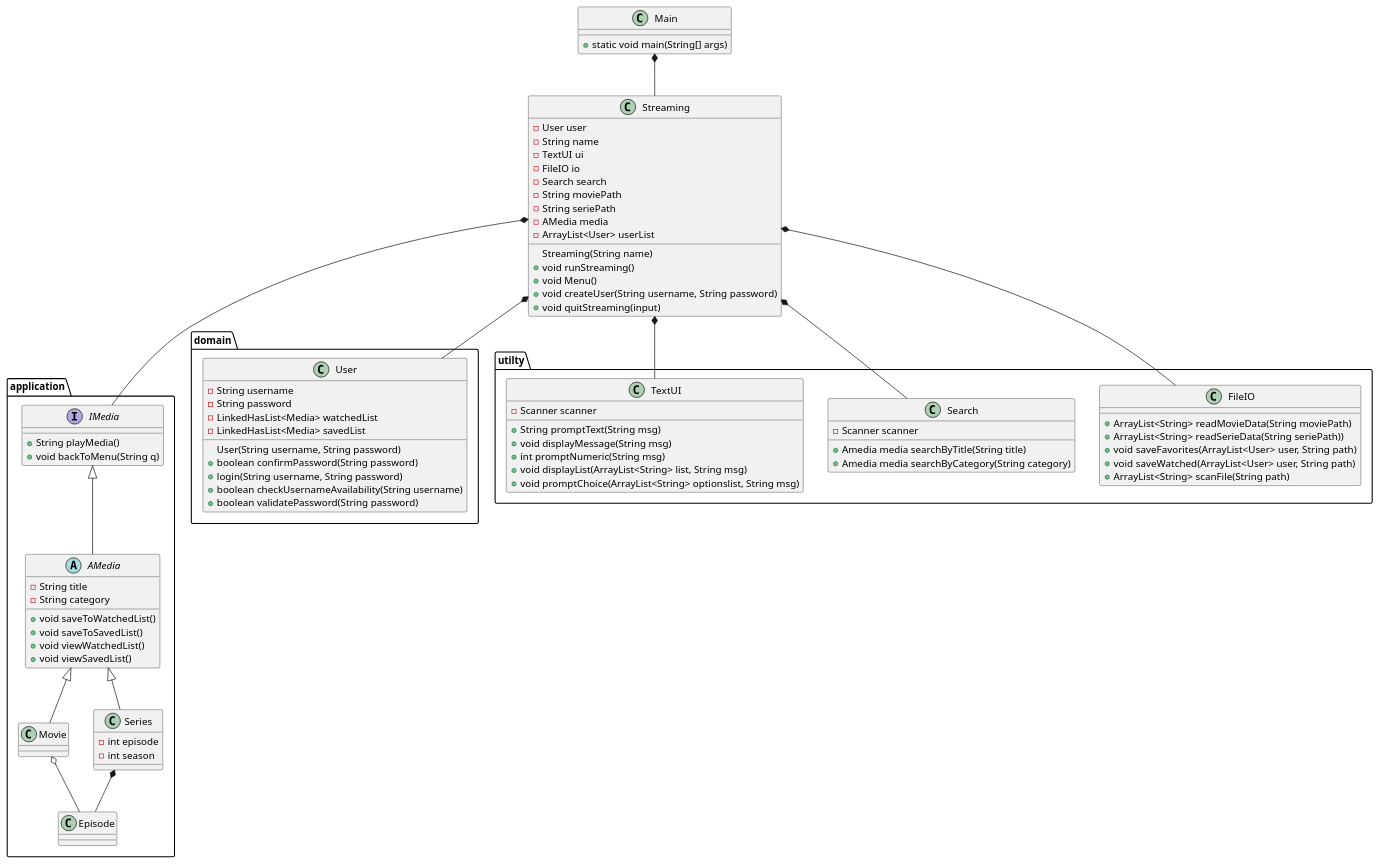
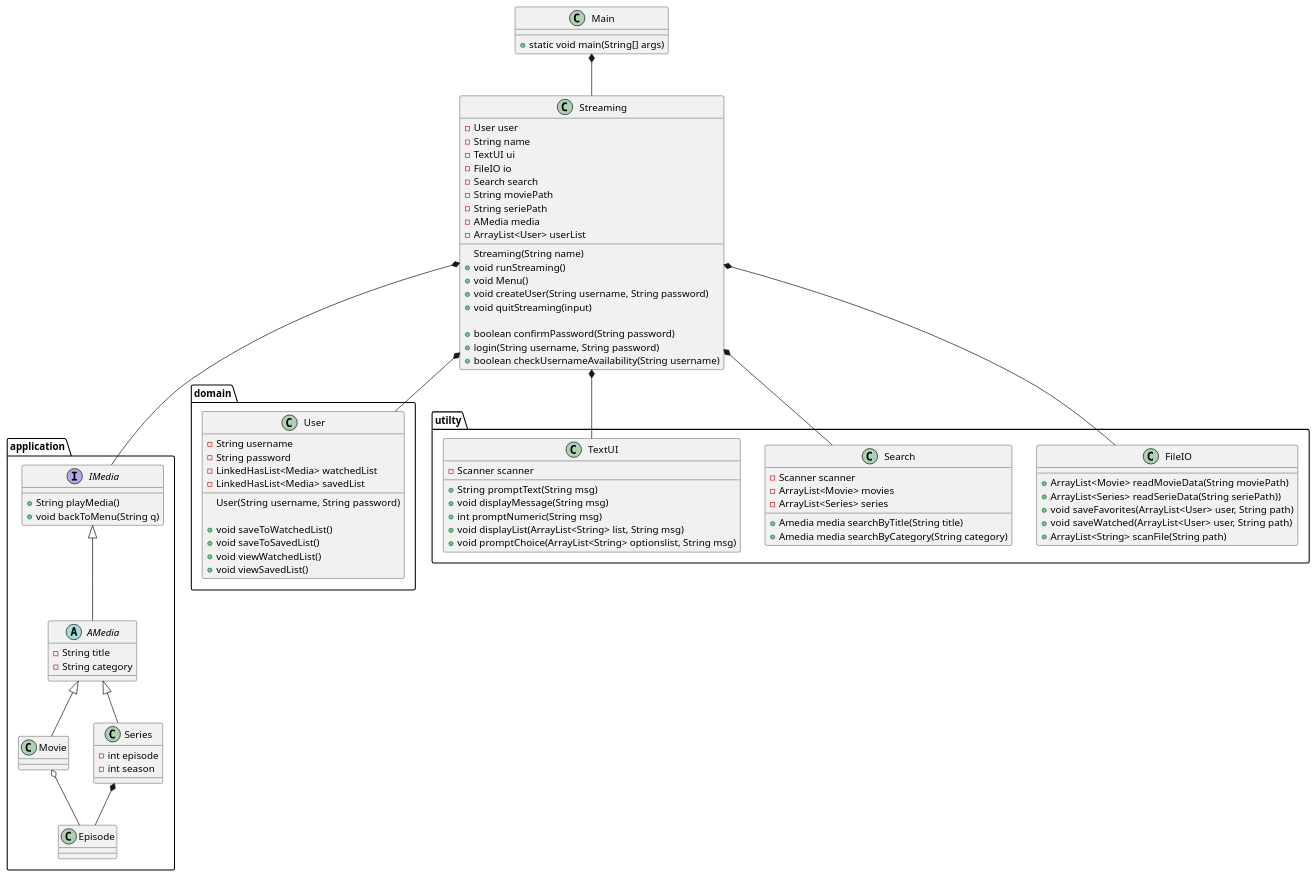
Before and after one commit to mrPrimeBeef/Sem1-Project-MovieStream: the diagram in Doc/Static/ClassDiagramv1.puml, drawn with PlantUML. The commit also changed 1 other file, not shown here.

Commit message:
Update af Domain model og Classdiagram

```diff
--- a/Doc/Static/ClassDiagramv1.puml
+++ b/Doc/Static/ClassDiagramv1.puml
@@ -1,116 +1,120 @@
 @startuml
 
 class Main {
 + static void main(String[] args)
 }
 package application{
 interface IMedia {
 + String playMedia()
 + void backToMenu(String q)
 '+ pauseMedia()
 }
 
 abstract AMedia {
 - String title
 - String category
-+ void saveToWatchedList()
-+ void saveToSavedList()
-+ void viewWatchedList()
-+ void viewSavedList()
+
 }
 
 class Movie {
 
 }
 
 
 class Series {
 - int episode
 - int season
 }
 class Episode{
 
 }
 }
 
 package domain{
 class User {
 - String username
 - String password
 - LinkedHasList<Media> watchedList
 - LinkedHasList<Media> savedList
 User(String username, String password)
-+ boolean confirmPassword(String password)
-+ login(String username, String password)
-+ boolean checkUsernameAvailability(String username)
-+ boolean validatePassword(String password)
+
++ void saveToWatchedList()
++ void saveToSavedList()
++ void viewWatchedList()
++ void viewSavedList()
 }
 }
 
 class Streaming {
 - User user
 - String name
 - TextUI ui
 - FileIO io
 - Search search
 - String moviePath
 - String seriePath
 - AMedia media
 - ArrayList<User> userList
 Streaming(String name)
 + void runStreaming()
 + void Menu()
 + void createUser(String username, String password)
 + void quitStreaming(input)
+
++ boolean confirmPassword(String password)
++ login(String username, String password)
++ boolean checkUsernameAvailability(String username)
 }
 
 
 package utilty{
 class FileIO {
-+ ArrayList<String> readMovieData(String moviePath)
-+ ArrayList<String> readSerieData(String seriePath))
++ ArrayList<Movie> readMovieData(String moviePath)
++ ArrayList<Series> readSerieData(String seriePath))
 + void saveFavorites(ArrayList<User> user, String path)
 + void saveWatched(ArrayList<User> user, String path)
 + ArrayList<String> scanFile(String path)
 }
 
 class Search {
 - Scanner scanner
+- ArrayList<Movie> movies
+- ArrayList<Series> series
 + Amedia media searchByTitle(String title)
 + Amedia media searchByCategory(String category)
 
 }
 class TextUI {
 - Scanner scanner
 + String promptText(String msg)
 + void displayMessage(String msg)
 + int promptNumeric(String msg)
 + void displayList(ArrayList<String> list, String msg)
 + void promptChoice(ArrayList<String> optionslist, String msg)
 }
 }
 
 
 Main *-- Streaming
 Streaming *-- IMedia
 Streaming *-- User
 Streaming *-- Search
 Streaming *-- TextUI
 IMedia <|-- AMedia
 Streaming *-- FileIO
 AMedia <|-- Movie
 AMedia  <|-- Series
 Series *-- Episode
 Movie o-- Episode
 
 'https://devhints.io/plantuml
 'Car <|-- SmallCar      # extension
 'Car *-- Engine         # composition
 'Cars o-- Car           # aggregation
 'Car <|.. SmallCar      # dotted line (use .. instead of --)
 'Car <|--* Car
 
 '-left->
 '-right->
 
 @enduml
```
